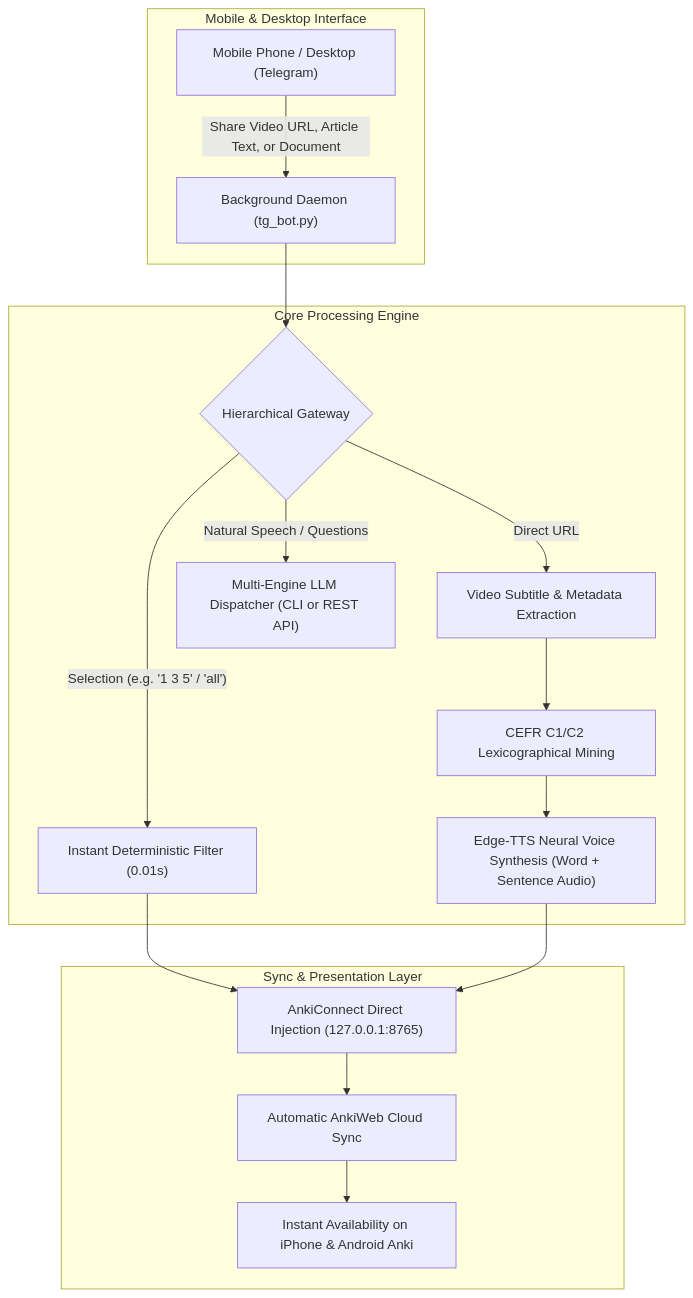
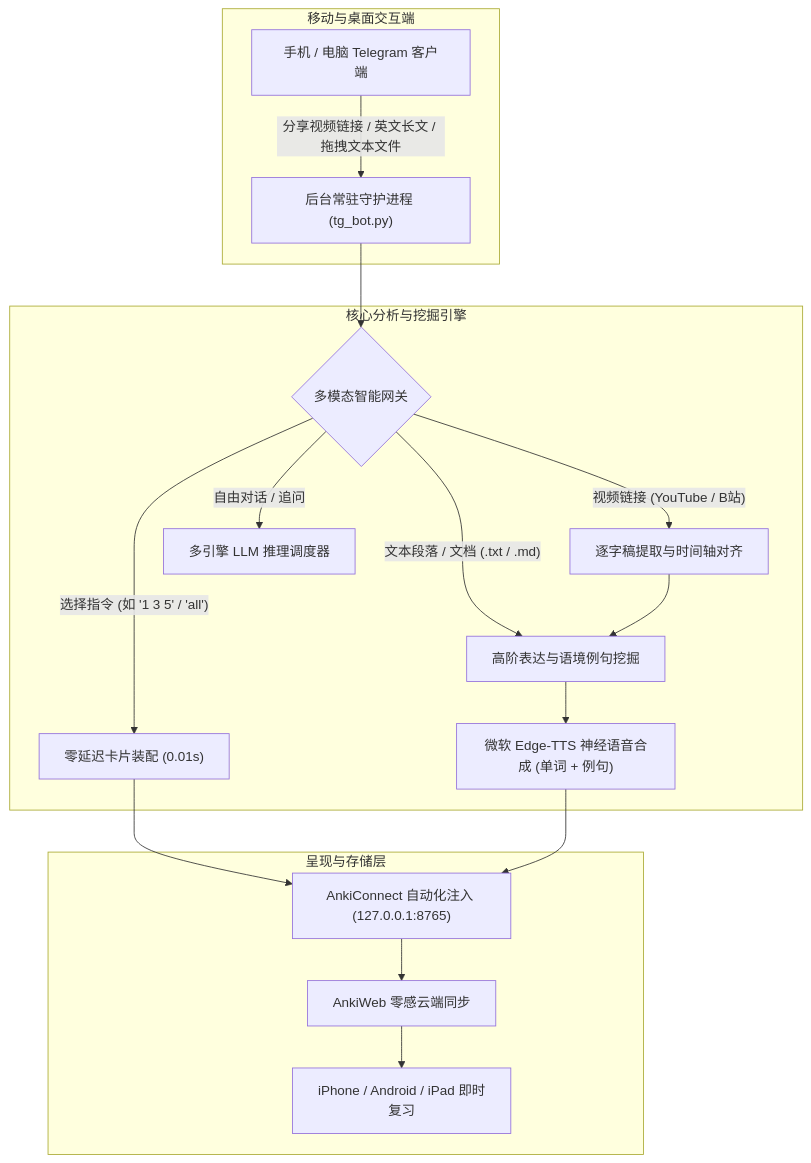
One commit to chase-yuan/anki-context-miner changed the diagram in README.md. Above: the diagram before and after it, drawn with Mermaid. The commit also changed other lines of this file and 1 other file, not shown here.

````diff
--- a/README.md
+++ b/README.md
@@ -15,22 +22,23 @@
 ```mermaid
 flowchart TD
-    subgraph "Mobile & Desktop Interface"
-        A["Mobile Phone / Desktop (Telegram)"] -->|"Share Video URL, Article Text, or Document"| B["Background Daemon (tg_bot.py)"]
+    subgraph "移动与桌面交互端"
+        A["手机 / 电脑 Telegram 客户端"] -->|"分享视频链接 / 英文长文 / 拖拽文本文件"| B["后台常驻守护进程 (tg_bot.py)"]
     end
 
-    subgraph "Core Processing Engine"
-        B --> C{"Hierarchical Gateway"}
-        C -->|"Direct URL"| D["Video Subtitle & Metadata Extraction"]
-        C -->|"Selection (e.g. '1 3 5' / 'all')"| E["Instant Deterministic Filter (0.01s)"]
-        C -->|"Natural Speech / Questions"| F["Multi-Engine LLM Dispatcher (CLI or REST API)"]
-        D --> G["CEFR C1/C2 Lexicographical Mining"]
-        G --> H["Edge-TTS Neural Voice Synthesis (Word + Sentence Audio)"]
+    subgraph "核心分析与挖掘引擎"
+        B --> C{"多模态智能网关"}
+        C -->|"视频链接 (YouTube / B站)"| D["逐字稿提取与时间轴对齐"]
+        C -->|"文本段落 / 文档 (.txt / .md)"| E["高阶表达与语境例句挖掘"]
+        C -->|"选择指令 (如 '1 3 5' / 'all')"| F["零延迟卡片装配 (0.01s)"]
+        C -->|"自由对话 / 追问"| G["多引擎 LLM 推理调度器"]
+        D --> E
+        E --> H["微软 Edge-TTS 神经语音合成 (单词 + 例句)"]
     end
 
-    subgraph "Sync & Presentation Layer"
-        E --> I["AnkiConnect Direct Injection (127.0.0.1:8765)"]
+    subgraph "呈现与存储层"
+        F --> I["AnkiConnect 自动化注入 (127.0.0.1:8765)"]
         H --> I
-        I --> J["Automatic AnkiWeb Cloud Sync"]
-        J --> K["Instant Availability on iPhone & Android Anki"]
+        I --> J["AnkiWeb 零感云端同步"]
+        J --> K["iPhone / Android / iPad 即时复习"]
     end
 ```
````
